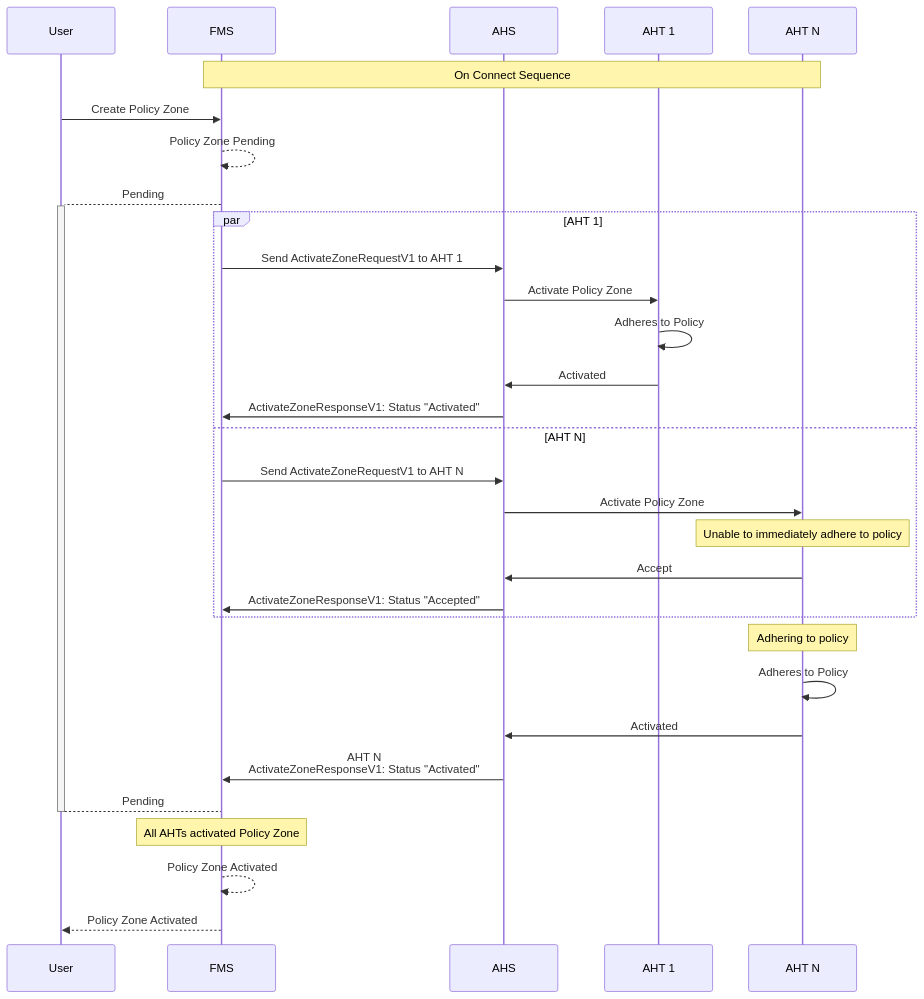
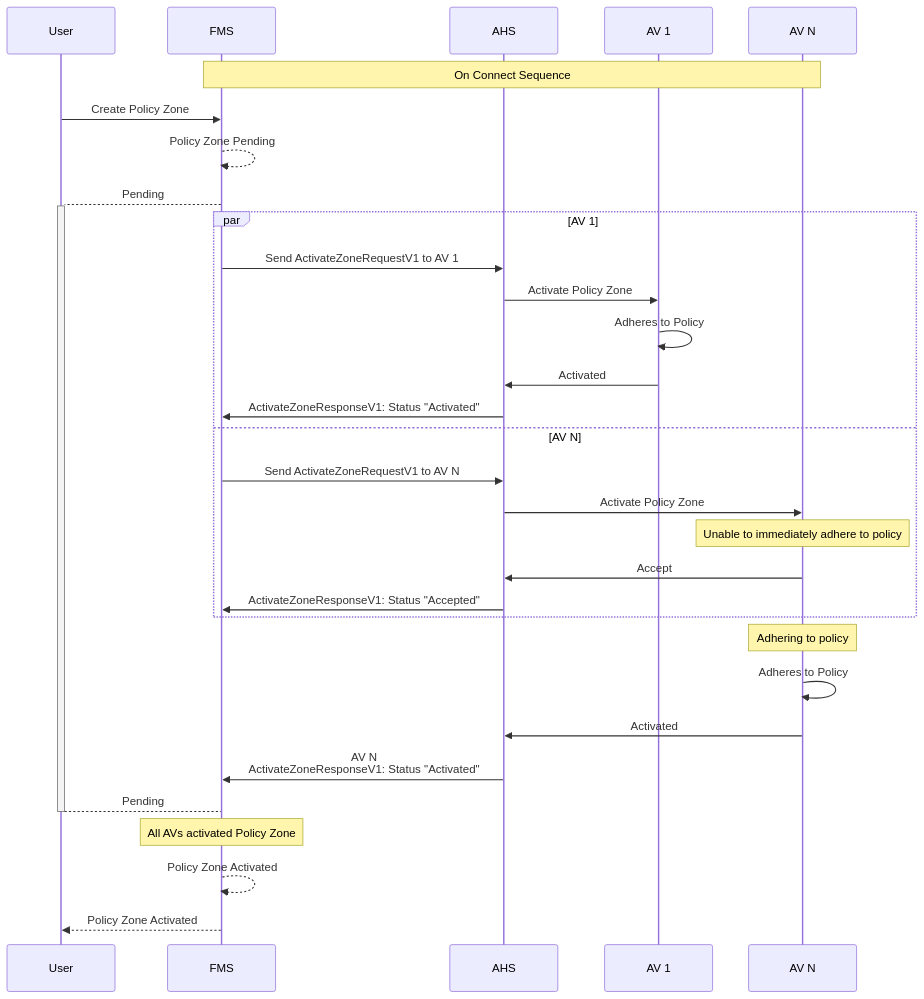
One commit to open-autonomy/zone changed the first of 4 diagrams in diagram/PolicyZoneActivation.md. Above: the diagram before and after it, drawn with Mermaid. The commit also changed other lines of this file and 15 other files, not shown here.

````diff
--- a/diagram/PolicyZoneActivation.md
+++ b/diagram/PolicyZoneActivation.md
@@ -6,35 +6,35 @@
 ```mermaid
 sequenceDiagram
     participant User
     participant FMS
     participant AHS
-    participant AHT 1
-    participant AHT N
+    participant AV 1
+    participant AV N
 
-    Note over FMS,AHT N: On Connect Sequence
+    Note over FMS,AV N: On Connect Sequence
     User->>FMS: Create Policy Zone
     FMS-->>FMS: Policy Zone Pending
     FMS-->+User: Pending
-    par AHT 1
-        FMS->>AHS: Send ActivateZoneRequestV1 to AHT 1
-        AHS->>AHT 1: Activate Policy Zone
-        AHT 1->>AHT 1: Adheres to Policy
-        AHT 1->>AHS: Activated
+    par AV 1
+        FMS->>AHS: Send ActivateZoneRequestV1 to AV 1
+        AHS->>AV 1: Activate Policy Zone
+        AV 1->>AV 1: Adheres to Policy
+        AV 1->>AHS: Activated
         AHS->>FMS: ActivateZoneResponseV1: Status "Activated"
-    and AHT N
-        FMS->>AHS: Send ActivateZoneRequestV1 to AHT N
-        AHS->>AHT N: Activate Policy Zone
-        Note Over AHT N: Unable to immediately adhere to policy
-        AHT N->>AHS: Accept
+    and AV N
+        FMS->>AHS: Send ActivateZoneRequestV1 to AV N
+        AHS->>AV N: Activate Policy Zone
+        Note Over AV N: Unable to immediately adhere to policy
+        AV N->>AHS: Accept
         AHS->>FMS: ActivateZoneResponseV1: Status "Accepted"
     end 
-    Note Over AHT N: Adhering to policy
-    AHT N->>AHT N: Adheres to Policy
-    AHT N->>AHS: Activated
+    Note Over AV N: Adhering to policy
+    AV N->>AV N: Adheres to Policy
+    AV N->>AHS: Activated
     
-    AHS->>FMS: AHT N <br/> ActivateZoneResponseV1: Status "Activated"
+    AHS->>FMS: AV N <br/> ActivateZoneResponseV1: Status "Activated"
     User-->-FMS: Pending
-    Note Over FMS: All AHTs activated Policy Zone
+    Note Over FMS: All AVs activated Policy Zone
     FMS-->>FMS: Policy Zone Activated
     FMS-->>User: Policy Zone Activated
 ```
````
